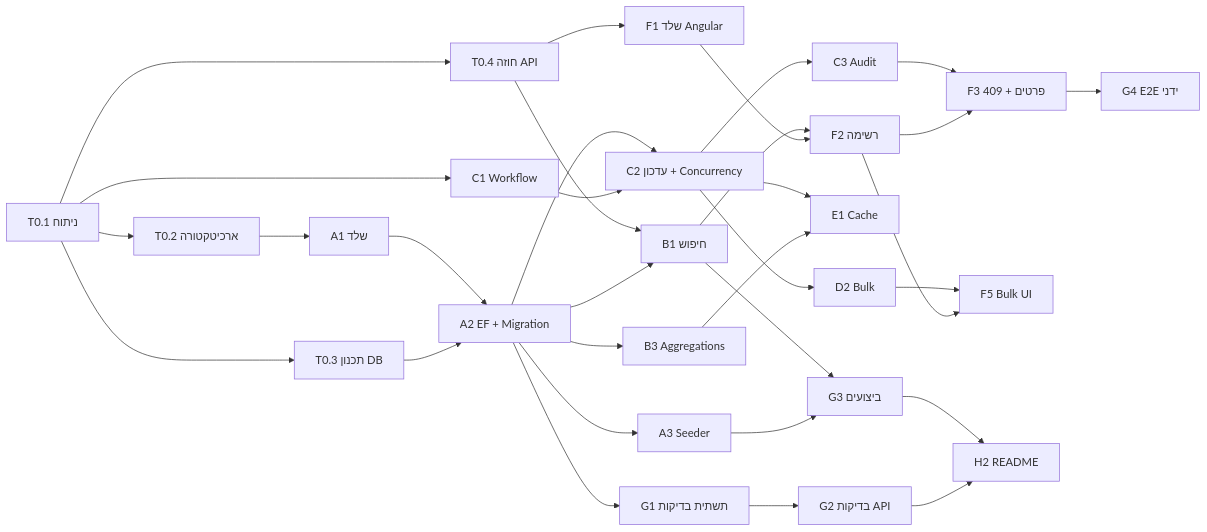
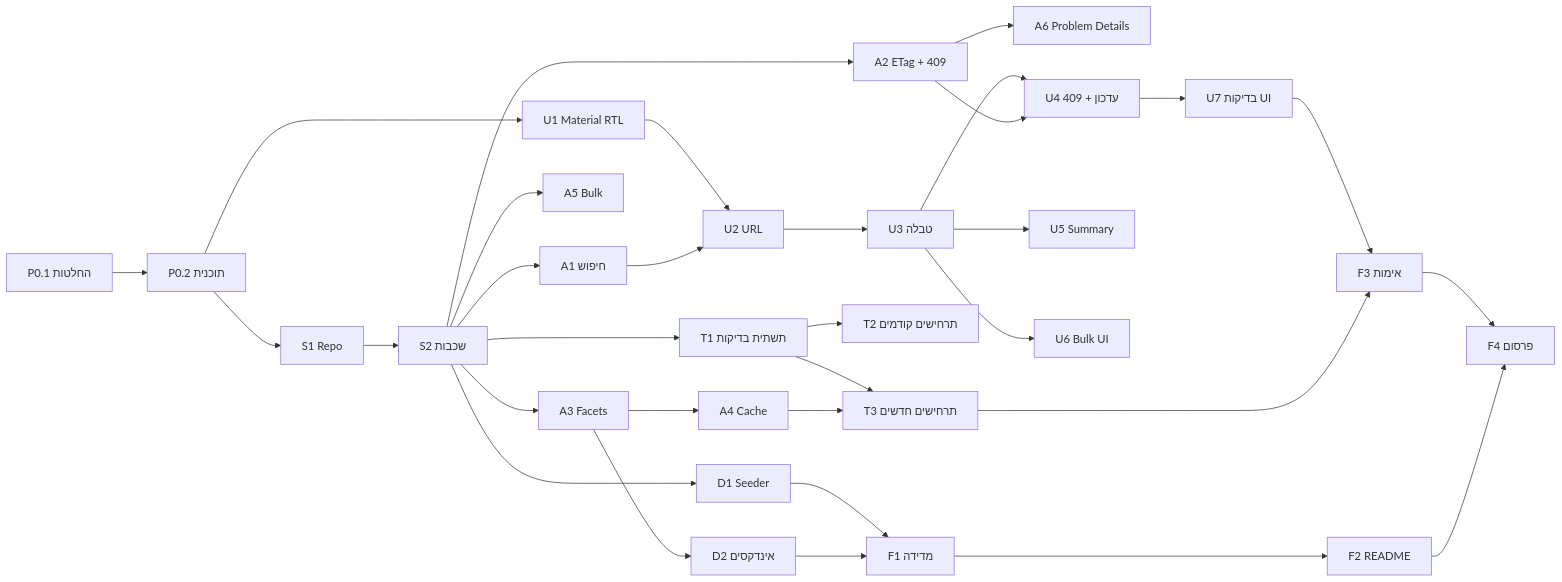
One commit to AyalaZlotnik/requests-management changed the diagram in docs/WORK_PLAN.md. Above: the diagram before and after it, drawn with Mermaid. The commit also changed other lines of this file, not shown here.

````diff
--- a/docs/WORK_PLAN.md
+++ b/docs/WORK_PLAN.md
@@ -127,34 +124,34 @@
 ```mermaid
 flowchart LR
-  T01[T0.1 ניתוח] --> T02[T0.2 ארכיטקטורה]
-  T01 --> T03[T0.3 תכנון DB]
-  T01 --> T04[T0.4 חוזה API]
-  T01 --> C1[C1 Workflow]
-  T02 --> A1[A1 שלד]
-  T03 --> A2[A2 EF + Migration]
-  A1 --> A2
-  A2 --> A3[A3 Seeder]
-  A2 --> B1[B1 חיפוש]
-  T04 --> B1
-  A2 --> B3[B3 Aggregations]
-  C1 --> C2[C2 עדכון + Concurrency]
-  A2 --> C2
-  C2 --> C3[C3 Audit]
-  C2 --> D2[D2 Bulk]
-  B3 --> E1[E1 Cache]
-  C2 --> E1
-  A2 --> G1[G1 תשתית בדיקות]
-  G1 --> G2[G2 בדיקות API]
-  T04 --> F1[F1 שלד Angular]
-  F1 --> F2[F2 רשימה]
-  B1 --> F2
-  F2 --> F3[F3 פרטים + 409]
-  C3 --> F3
-  F2 --> F5[F5 Bulk UI]
-  D2 --> F5
-  A3 --> G3[G3 ביצועים]
-  B1 --> G3
-  F3 --> G4[G4 E2E ידני]
-  G2 --> H2[H2 README]
-  G3 --> H2
+  P01[P0.1 החלטות] --> P02[P0.2 תוכנית]
+  P02 --> S1[S1 Repo]
+  S1 --> S2[S2 שכבות]
+  S2 --> D1[D1 Seeder]
+  S2 --> A1[A1 חיפוש]
+  S2 --> A2[A2 ETag + 409]
+  S2 --> A3[A3 Facets]
+  S2 --> A5[A5 Bulk]
+  S2 --> T1[T1 תשתית בדיקות]
+  A3 --> A4[A4 Cache]
+  A3 --> D2[D2 אינדקסים]
+  A2 --> A6[A6 Problem Details]
+  P02 --> U1[U1 Material RTL]
+  U1 --> U2[U2 URL]
+  A1 --> U2
+  U2 --> U3[U3 טבלה]
+  U3 --> U4[U4 עדכון + 409]
+  A2 --> U4
+  U3 --> U5[U5 Summary]
+  U3 --> U6[U6 Bulk UI]
+  U4 --> U7[U7 בדיקות UI]
+  T1 --> T2[T2 תרחישים קודמים]
+  T1 --> T3[T3 תרחישים חדשים]
+  A4 --> T3
+  D1 --> F1[F1 מדידה]
+  D2 --> F1
+  U7 --> F3[F3 אימות]
+  T3 --> F3
+  F1 --> F2[F2 README]
+  F3 --> F4[F4 פרסום]
+  F2 --> F4
 ```
````
